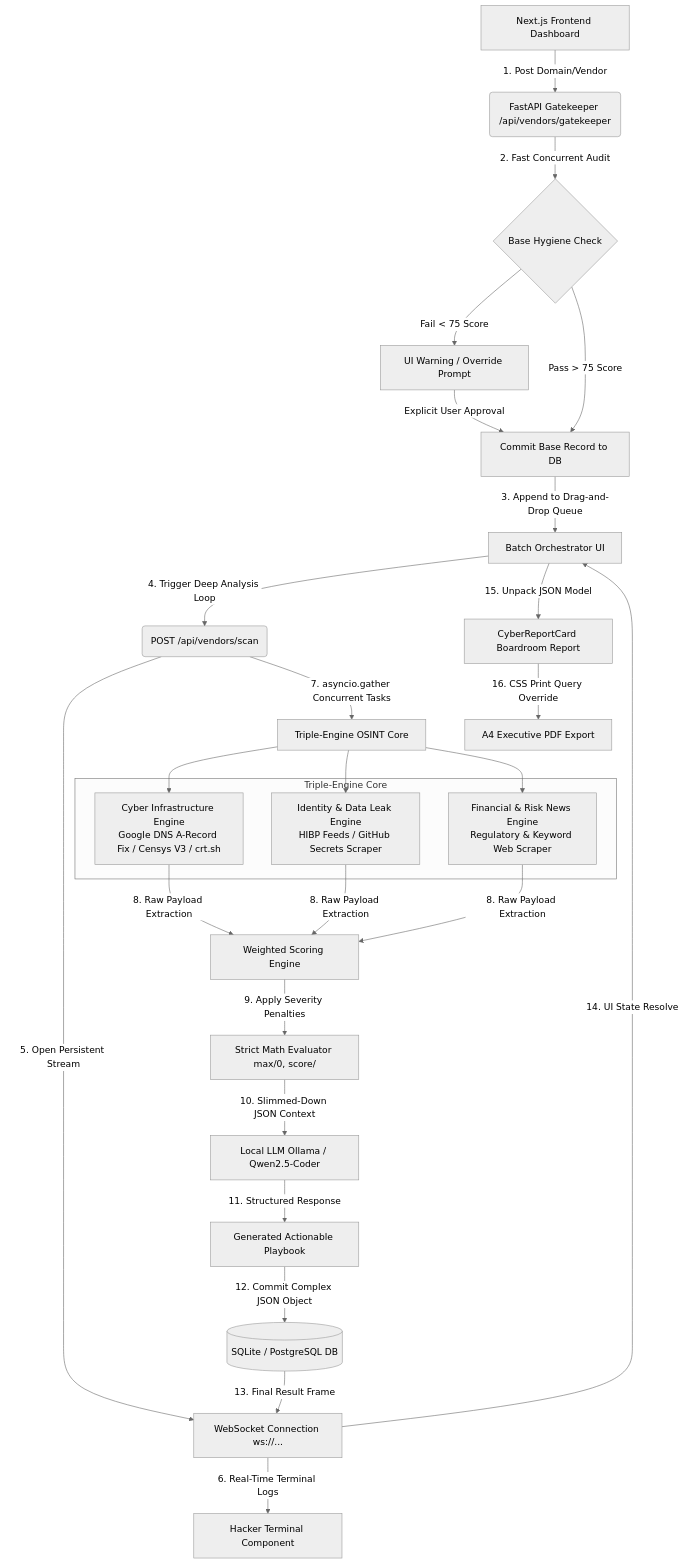
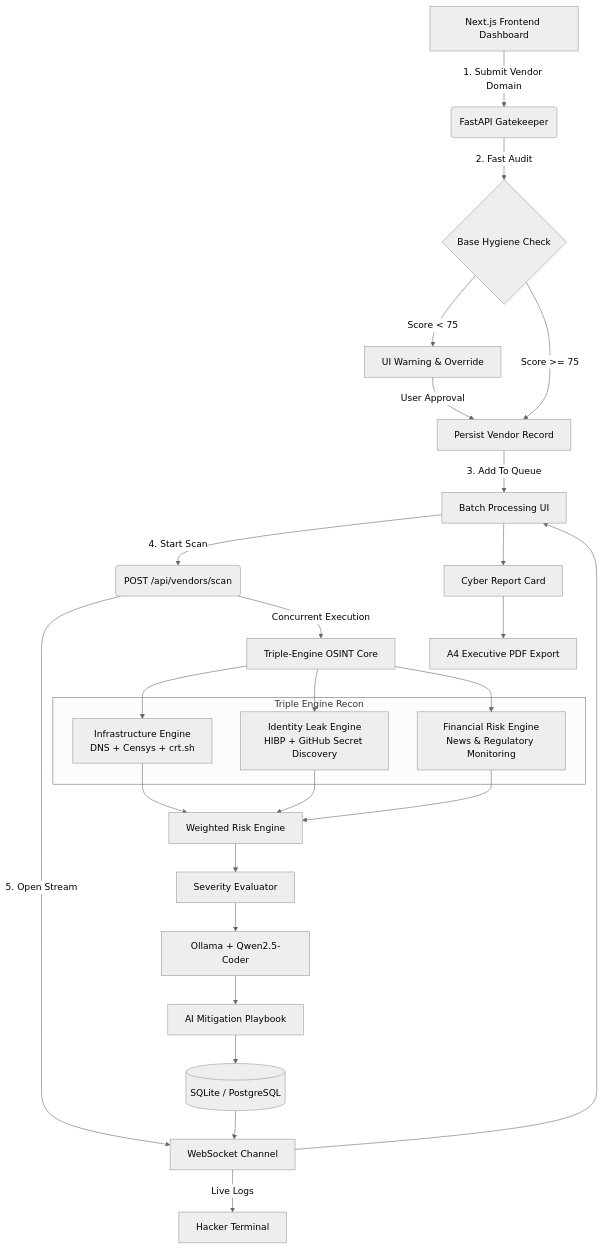
The diagram in README.md (Jayan-Shah/ai-vendor-risk-monitor), drawn with Mermaid (neutral theme) before and after one commit. The commit also changed other lines of this file, not shown here.

````diff
--- a/README.md
+++ b/README.md
@@ -17,39 +38,57 @@
 ```mermaid
 graph TD
+
     %% Phase 1: Onboarding
-    A[Next.js Frontend Dashboard] -->|1. Post Domain/Vendor| B(FastAPI Gatekeeper /api/vendors/gatekeeper)
-    B -->|2. Fast Concurrent Audit| C{Base Hygiene Check}
-    C -->|Fail < 75 Score| D[UI Warning / Override Prompt]
-    C -->|Pass > 75 Score| E[Commit Base Record to DB]
-    D -->|Explicit User Approval| E
-    
-    %% Phase 2: Batch Processing
-    E -->|3. Append to Drag-and-Drop Queue| F[Batch Orchestrator UI]
-    F -->|4. Trigger Deep Analysis Loop| G(POST /api/vendors/scan)
-    G -->|5. Open Persistent Stream| H[WebSocket Connection ws://...]
-    
-    %% Phase 3: Triple-Engine Deep Scan
-    H -->|6. Real-Time Terminal Logs| I[Hacker Terminal Component]
-    G -->|7. asyncio.gather Concurrent Tasks| J[Triple-Engine OSINT Core]
-    
-    subgraph Triple-Engine Core
-        J1[Cyber Infrastructure Engine<br/>Google DNS A-Record Fix / Censys V3 / crt.sh]
-        J2[Identity & Data Leak Engine<br/>HIBP Feeds / GitHub Secrets Scraper]
-        J3[Financial & Risk News Engine<br/>Regulatory & Keyword Web Scraper]
+    A[Next.js Frontend Dashboard]
+    -->|1. Submit Vendor Domain| B(FastAPI Gatekeeper)
+
+    B -->|2. Fast Audit| C{Base Hygiene Check}
+
+    C -->|Score < 75| D[UI Warning & Override]
+    C -->|Score >= 75| E[Persist Vendor Record]
+
+    D -->|User Approval| E
+
+    %% Phase 2
+    E -->|3. Add To Queue| F[Batch Processing UI]
+    F -->|4. Start Scan| G(POST /api/vendors/scan)
+
+    G -->|5. Open Stream| H[WebSocket Channel]
+
+    %% Phase 3
+    H -->|Live Logs| I[Hacker Terminal]
+
+    G -->|Concurrent Execution| J[Triple-Engine OSINT Core]
+
+    subgraph Triple Engine Recon
+        J1[Infrastructure Engine<br/>DNS + Censys + crt.sh]
+        J2[Identity Leak Engine<br/>HIBP + GitHub Secret Discovery]
+        J3[Financial Risk Engine<br/>News & Regulatory Monitoring]
     end
-    
-    J --> J1 & J2 & J3
-    
-    %% Phase 4: Scoring & AI Brain
-    J1 & J2 & J3 -->|8. Raw Payload Extraction| K[Weighted Scoring Engine]
-    K -->|9. Apply Severity Penalties| L[Strict Math Evaluator max/0, score/]
-    L -->|10. Slimmed-Down JSON Context| M[Local LLM Ollama / Qwen2.5-Coder]
-    M -->|11. Structured Response| N[Generated Actionable Playbook]
-    
-    %% Phase 5: Persistence & Delivery
-    N -->|12. Commit Complex JSON Object| O[(SQLite / PostgreSQL DB)]
-    O -->|13. Final Result Frame| H
-    H -->|14. UI State Resolve| F
-    F -->|15. Unpack JSON Model| P[CyberReportCard Boardroom Report]
-    P -->|16. CSS Print Query Override| Q[A4 Executive PDF Export]
+
+    J --> J1
+    J --> J2
+    J --> J3
+
+    %% Phase 4
+    J1 --> K[Weighted Risk Engine]
+    J2 --> K
+    J3 --> K
+
+    K --> L[Severity Evaluator]
+
+    L --> M[Ollama + Qwen2.5-Coder]
+
+    M --> N[AI Mitigation Playbook]
+
+    %% Phase 5
+    N --> O[(SQLite / PostgreSQL)]
+
+    O --> H
+
+    H --> F
+
+    F --> P[Cyber Report Card]
+
+    P --> Q[A4 Executive PDF Export]
 ```
````
